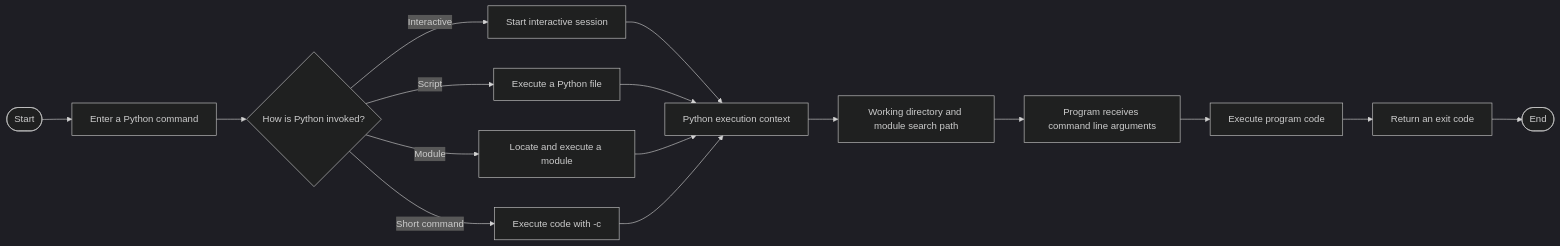
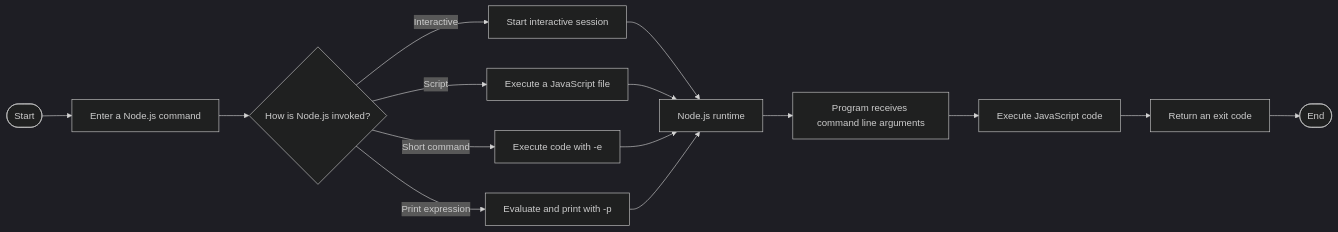
One commit to Rokiis1/Teaching-Materia changed the diagram in docs/en/nodejs/command_line_interface/overview.md. Above: the diagram before and after it, drawn with Mermaid (dark theme). The commit also changed other lines of this file and 6 other files, not shown here.

````diff
--- a/docs/en/nodejs/command_line_interface/overview.md
+++ b/docs/en/nodejs/command_line_interface/overview.md
@@ -7,18 +7,21 @@
 ```mermaid
 flowchart LR
-    A([Start]) --> B[Enter a Python command]
-    B --> C{How is Python invoked?}
+    A([Start]) --> B[Enter a Node.js command]
+
+    B --> C{How is Node.js invoked?}
+
     C -->|Interactive| D[Start interactive session]
-    C -->|Script| E[Execute a Python file]
-    C -->|Module| F[Locate and execute a module]
-    C -->|Short command| G[Execute code with -c]
-    D --> H[Python execution context]
+    C -->|Script| E[Execute a JavaScript file]
+    C -->|Short command| F[Execute code with -e]
+    C -->|Print expression| G[Evaluate and print with -p]
+
+    D --> H[Node.js runtime]
     E --> H
     F --> H
     G --> H
-    H --> I[Working directory and module search path]
-    I --> J[Program receives command line arguments]
-    J --> K[Execute program code]
-    K --> L[Return an exit code]
-    L --> M([End])
+
+    H --> I[Program receives command line arguments]
+    I --> J[Execute JavaScript code]
+    J --> K[Return an exit code]
+    K --> L([End])
 ```
````
